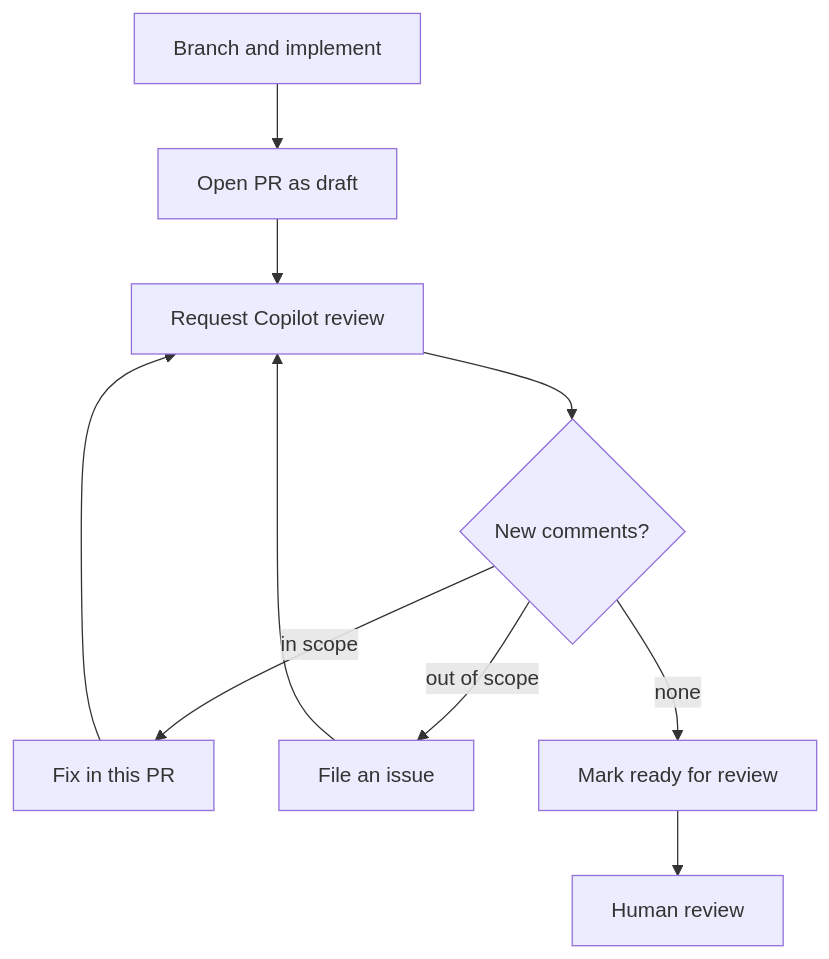
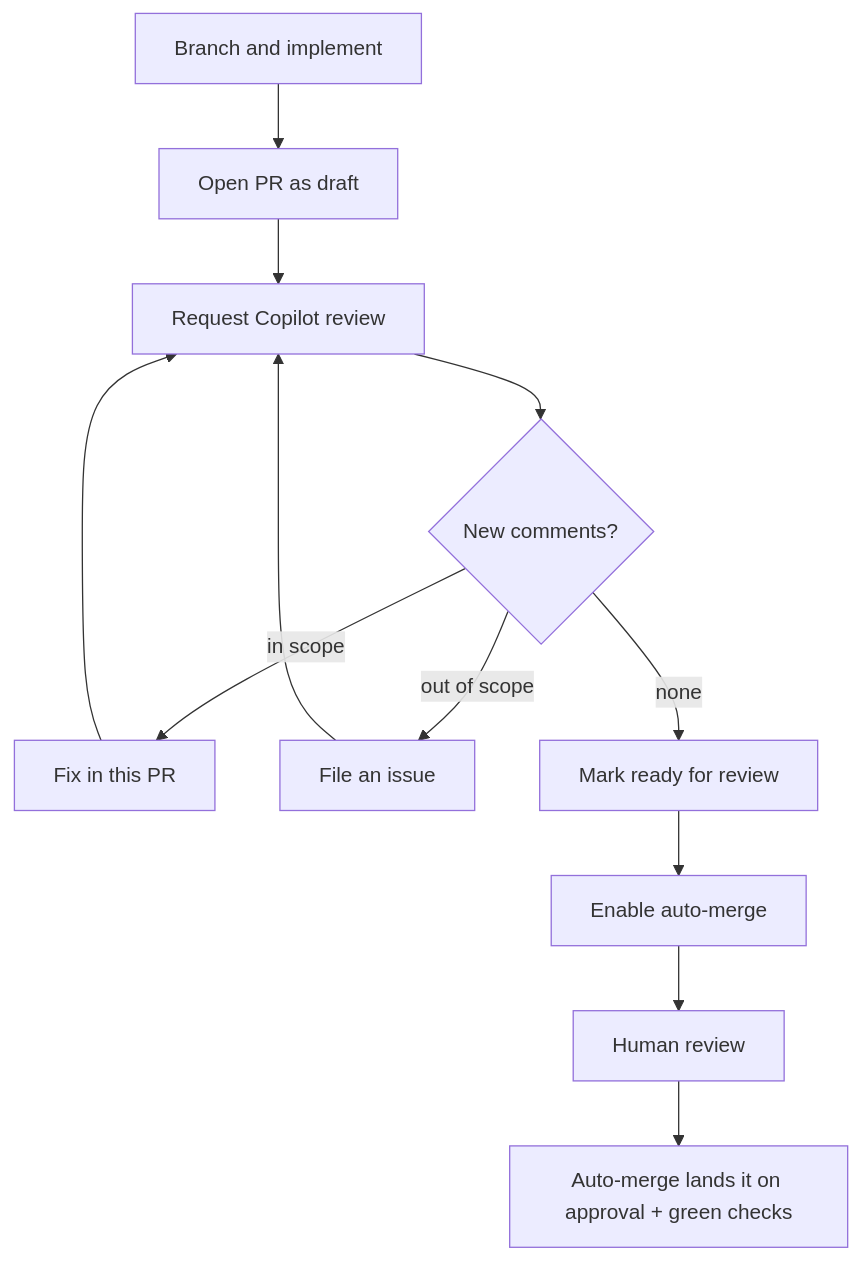
One commit to MSXOrg/docs changed the diagram in src/docs/Ways-of-Working/Contribution-Workflow.md. Above: the diagram before and after it, drawn with Mermaid. The commit also changed other lines of this file and 5 other files, not shown here.

Commit message:
Add a Ready-for-Review gate and document auto-merge and approver identity

````diff
--- a/src/docs/Ways-of-Working/Contribution-Workflow.md
+++ b/src/docs/Ways-of-Working/Contribution-Workflow.md
@@ -20,12 +20,14 @@
 ```mermaid
 flowchart TD
     A[Branch and implement] --> B[Open PR as draft]
     B --> C[Request Copilot review]
     C --> D{New comments?}
     D -- in scope --> E[Fix in this PR]
     D -- out of scope --> F[File an issue]
     E --> C
     F --> C
     D -- none --> G[Mark ready for review]
-    G --> H[Human review]
+    G --> AM[Enable auto-merge]
+    AM --> H[Human review]
+    H --> M[Auto-merge lands it on approval + green checks]
 ```
````
